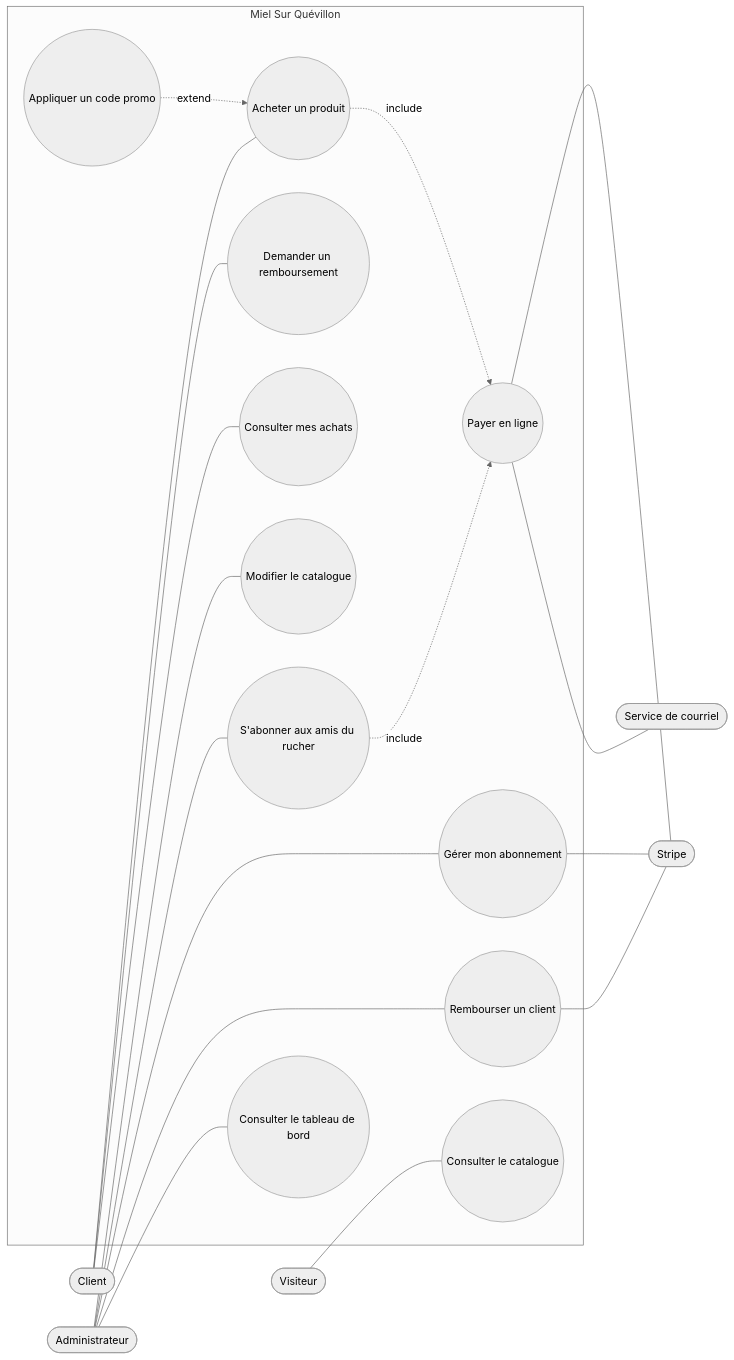
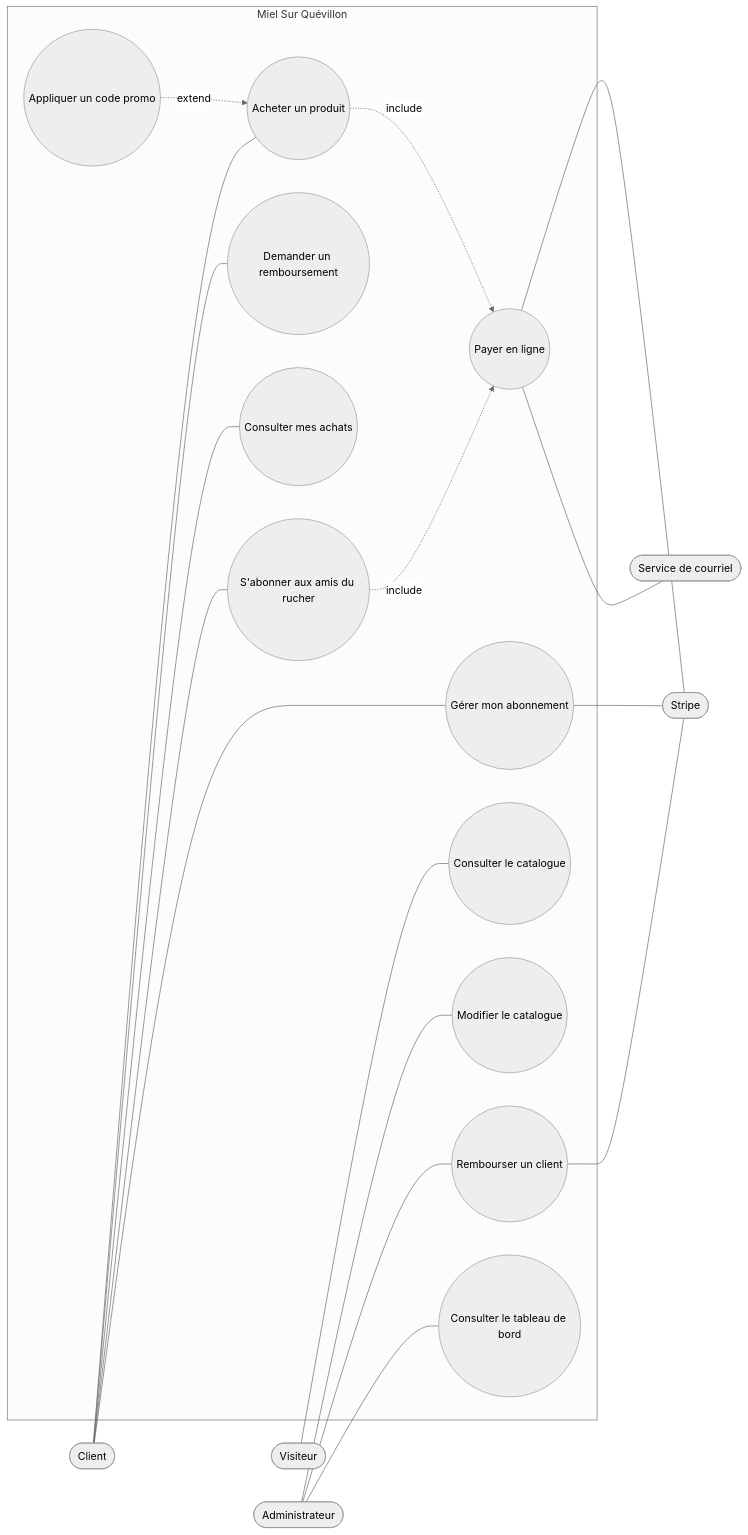
The first of 3 diagrams in docs/cahier-des-charges.md (Grindy/LeMiel-sur-Quevillon), drawn with Mermaid (neutral theme) before and after one commit.

Commit message:
Update UC07 and UC08 assignments
Changed UC07 and UC08 assignments from Administrateur to Client.

````diff
--- a/docs/cahier-des-charges.md
+++ b/docs/cahier-des-charges.md
@@ -258,37 +258,37 @@
 ```mermaid
 flowchart LR
   Visiteur([Visiteur])
   Client([Client])
   Administrateur([Administrateur])
   Stripe([Stripe])
   Courriel([Service de courriel])
   subgraph Miel Sur Quévillon
     UC01((Consulter le catalogue))
     UC02((Acheter un produit))
     UC03((Demander un remboursement))
     UC04((Consulter mes achats))
     UC06((Modifier le catalogue))
     UC07((S'abonner aux amis du rucher))
     UC08((Gérer mon abonnement))
     UC09((Payer en ligne))
     UC10((Rembourser un client))
     UC11((Appliquer un code promo))
     UC12((Consulter le tableau de bord))
   end
   Visiteur --- UC01
   Client --- UC02
   Client --- UC03
   Client --- UC04
   Administrateur --- UC06
-  Administrateur --- UC07
-  Administrateur --- UC08
+  Client --- UC07
+  Client --- UC08
   Administrateur --- UC10
   Administrateur --- UC12
   UC02 -. include .-> UC09
   UC07 -. include .-> UC09
   UC11 -. extend .-> UC02
   UC09 --- Stripe
   UC09 --- Courriel
   UC08 --- Stripe
   UC10 --- Stripe
 ```
````
